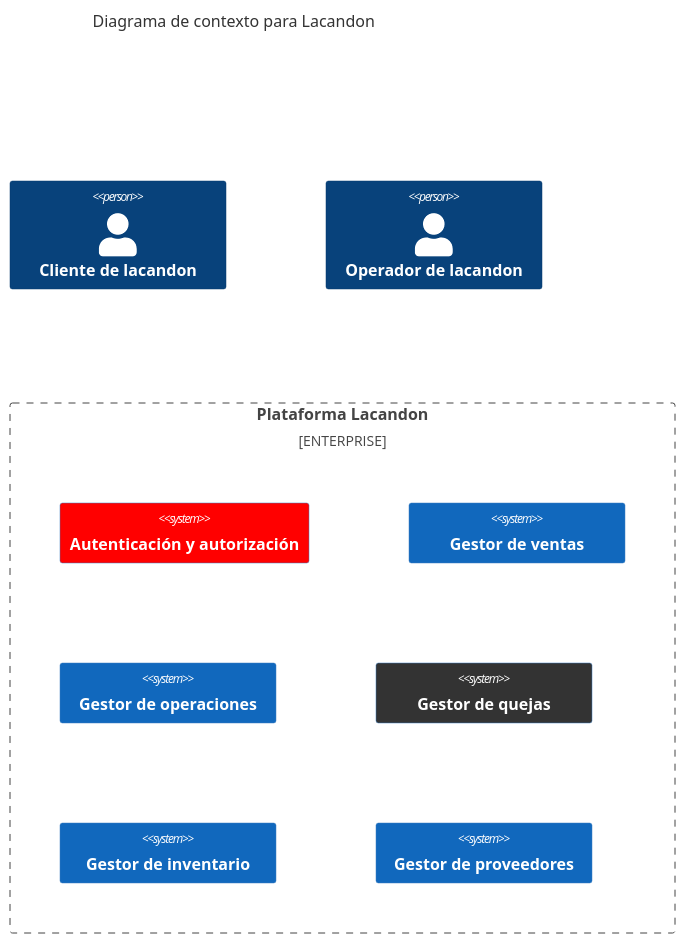
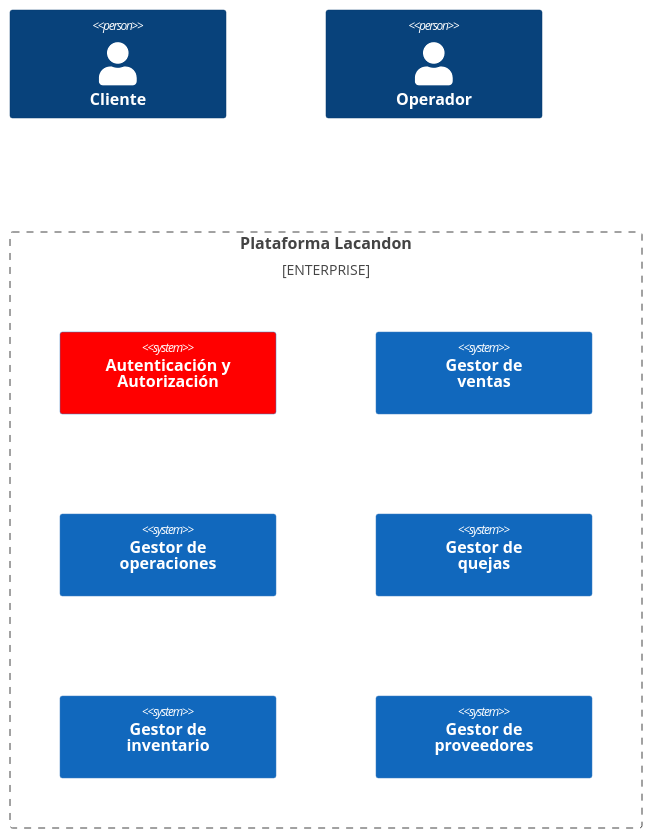
The first of 5 diagrams in disenno.md (calmecac-community/lacandon), drawn with Mermaid before and after one commit. The commit also changed other lines of this file, not shown here.

Commit message:
update: se agrega uml para los modelos

````diff
--- a/disenno.md
+++ b/disenno.md
@@ -3,20 +9,18 @@
 ```mermaid
     C4Context
-      title Diagrama de contexto para Lacandon
-      Person(Cliente, "Cliente de lacandon")
-      Person(Operador, "Operador de lacandon")
+      Person(Cliente, "Cliente")
+      Person(Operador, "Operador")
       
       Enterprise_Boundary(b0, "Plataforma Lacandon") {
 
-        System(Auth, "Autenticación y autorización")
-        System(GestorVentas, "Gestor de ventas")
-        System(GestorOperaciones, "Gestor de operaciones")
-        System(GestorQuejas, "Gestor de quejas")
-        System(GestorInventario, "Gestor de inventario")
-        System(GestorProveedores, "Gestor de proveedores")
+        System(Auth, "Autenticación y<br> Autorización")
+        System(GestorVentas, "Gestor de<br> ventas")
+        System(GestorOperaciones, "Gestor de<br> operaciones")
+        System(GestorQuejas, "Gestor de<br> quejas")
+        System(GestorInventario, "Gestor de<br> inventario")
+        System(GestorProveedores, "Gestor de<br> proveedores")
 
         UpdateElementStyle(Auth, $bgColor="red")
-        UpdateElementStyle(GestorQuejas, $bgColor="ligthblue")
       }
 
 ```
````
